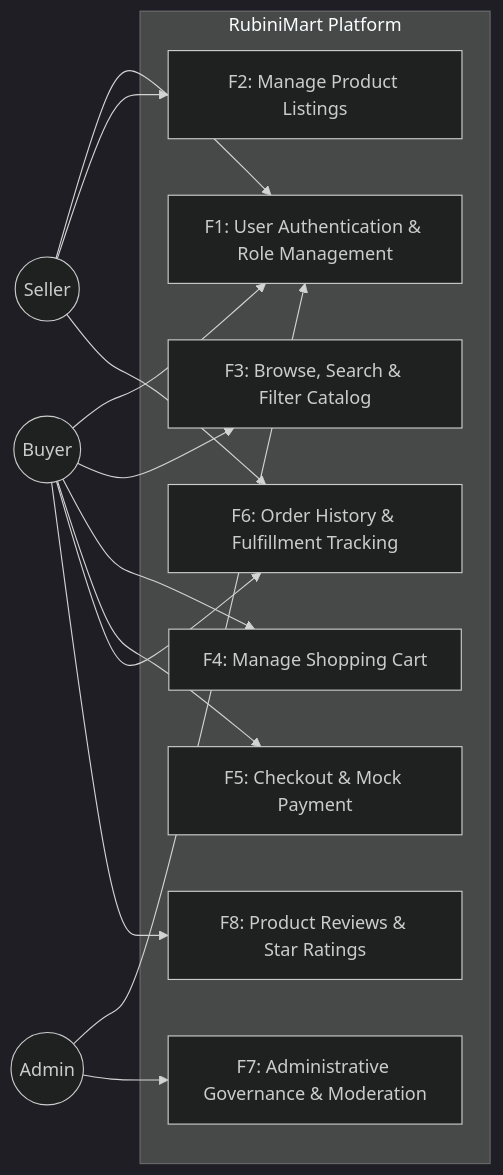
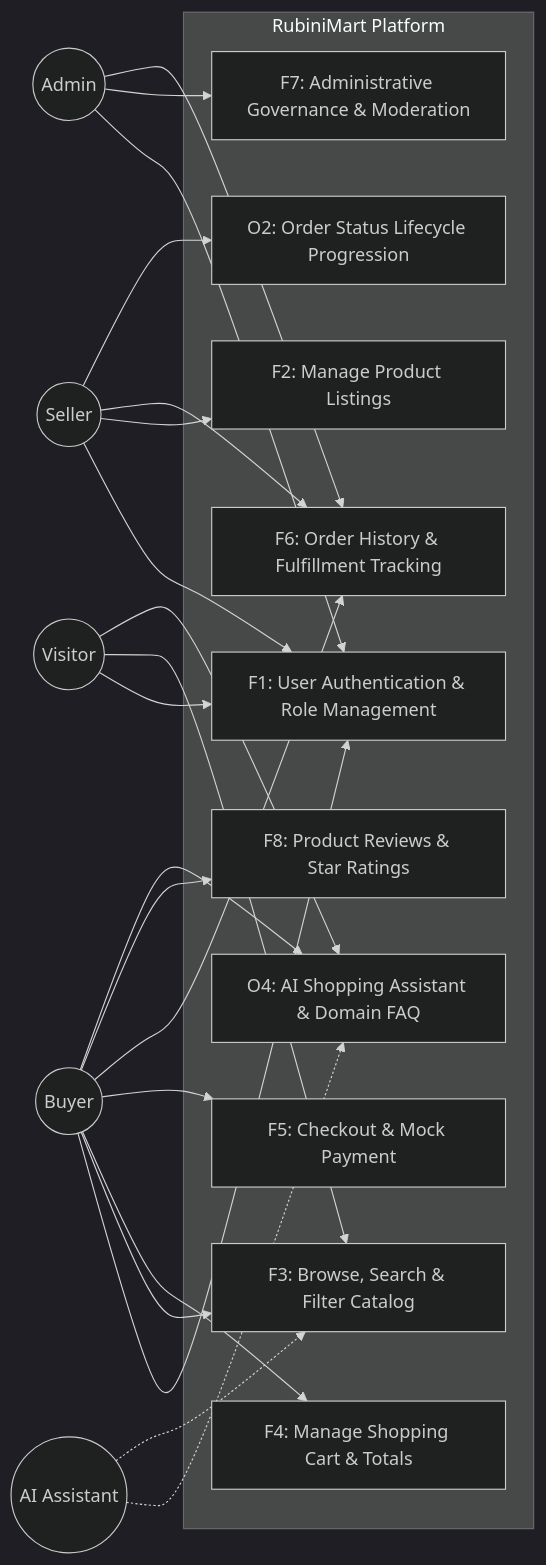
Before and after one commit to Rubiniponnar/RubiniMart: the diagram in docs/D2_USE_CASE_DIAGRAM.md, drawn with Mermaid (dark theme). The commit also changed other lines of this file and 9 other files, not shown here.

Commit message:
feat(ui): add floating AI chat widget, architecture diagrams D1-D4, and sprint logs

````diff
--- a/docs/D2_USE_CASE_DIAGRAM.md
+++ b/docs/D2_USE_CASE_DIAGRAM.md
@@ -6,31 +10,45 @@
 ```mermaid
 flowchart LR
+    Visitor((Visitor))
     Buyer((Buyer))
     Seller((Seller))
     Admin((Admin))
+    Bot((AI Assistant))
 
     subgraph RubiniMart Platform
-        UC1[F1: User Authentication & Role Management]
-        UC2[F2: Manage Product Listings]
-        UC3[F3: Browse, Search & Filter Catalog]
-        UC4[F4: Manage Shopping Cart]
-        UC5[F5: Checkout & Mock Payment]
-        UC6[F6: Order History & Fulfillment Tracking]
-        UC7[F7: Administrative Governance & Moderation]
-        UC8[F8: Product Reviews & Star Ratings]
+        UC1["F1: User Authentication & Role Management"]
+        UC2["F2: Manage Product Listings"]
+        UC3["F3: Browse, Search & Filter Catalog"]
+        UC4["F4: Manage Shopping Cart & Totals"]
+        UC5["F5: Checkout & Mock Payment"]
+        UC6["F6: Order History & Fulfillment Tracking"]
+        UC7["F7: Administrative Governance & Moderation"]
+        UC8["F8: Product Reviews & Star Ratings"]
+        UC9["O2: Order Status Lifecycle Progression"]
+        UC10["O4: AI Shopping Assistant & Domain FAQ"]
     end
+
+    Visitor --> UC1
+    Visitor --> UC3
+    Visitor --> UC10
 
     Buyer --> UC1
     Buyer --> UC3
     Buyer --> UC4
     Buyer --> UC5
     Buyer --> UC6
     Buyer --> UC8
+    Buyer --> UC10
 
     Seller --> UC1
     Seller --> UC2
     Seller --> UC6
+    Seller --> UC9
 
     Admin --> UC1
     Admin --> UC7
+    Admin --> UC6
+
+    Bot -.-> UC10
+    Bot -.-> UC3
 ```
````
